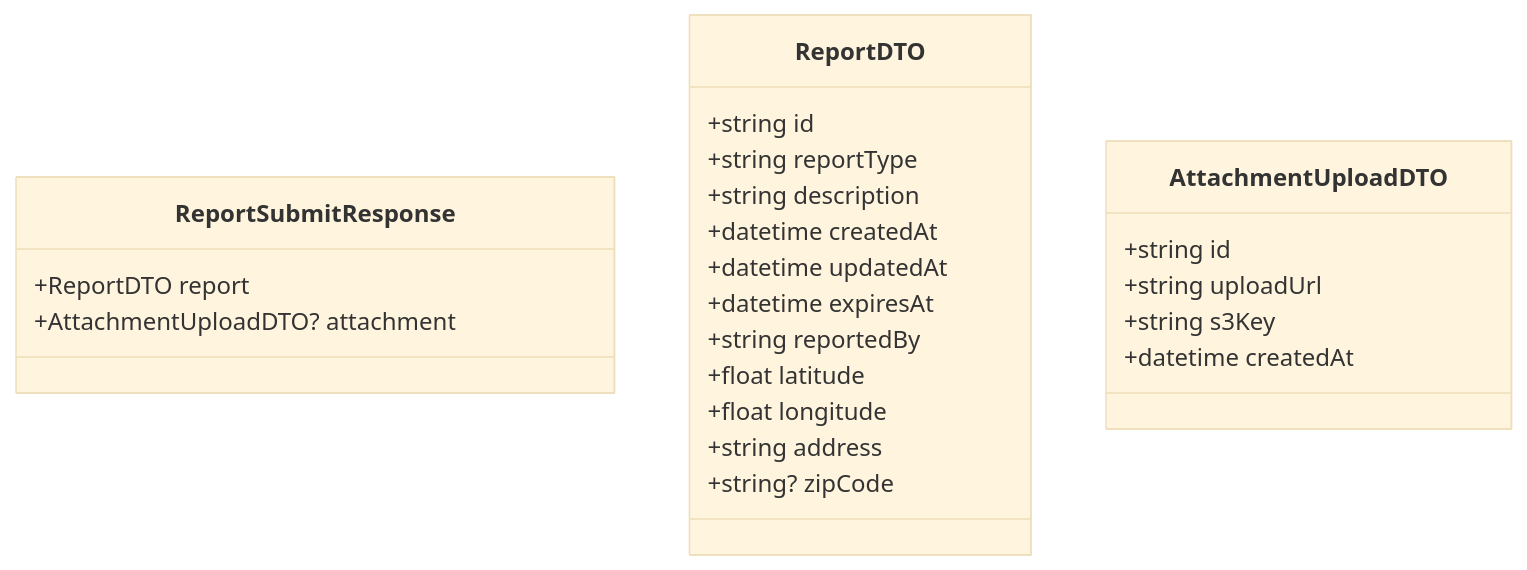
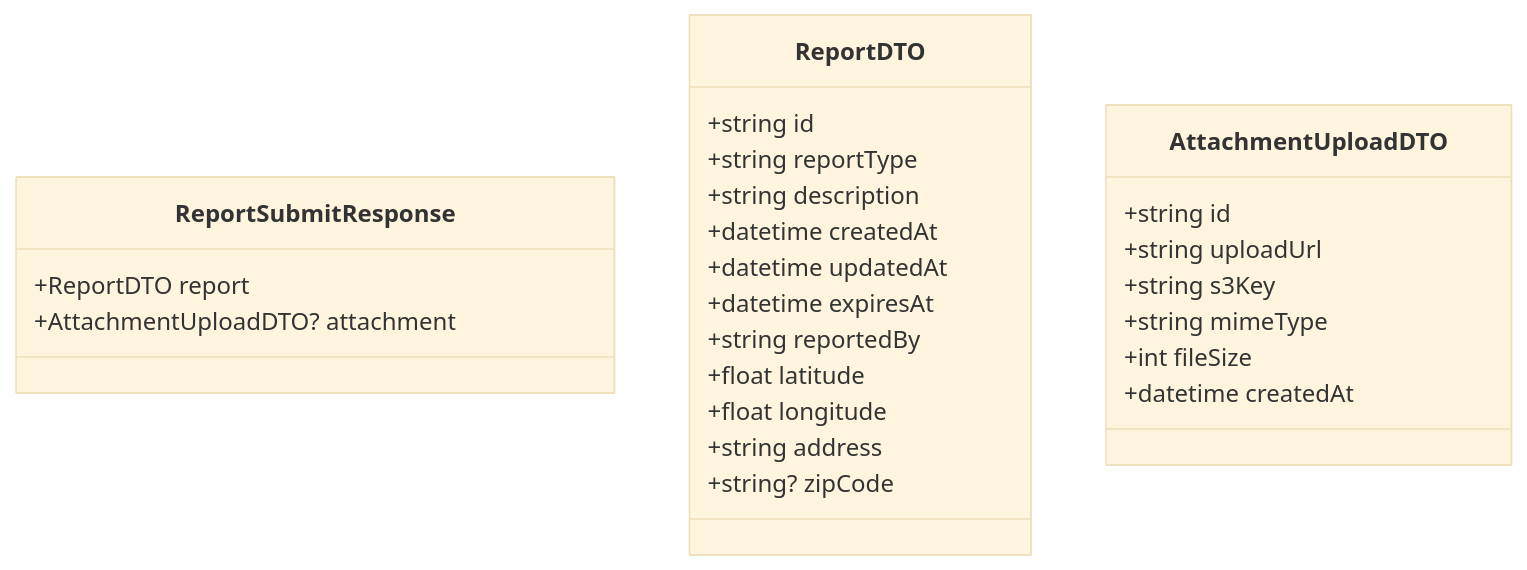
One commit to zhangs-tech/jalan-aman changed the second of 2 diagrams in docs/use_cases/submit_report_use_case.md. Above: the diagram before and after it, drawn with Mermaid (base theme). The commit also changed other lines of this file, not shown here.

````diff
--- a/docs/use_cases/submit_report_use_case.md
+++ b/docs/use_cases/submit_report_use_case.md
@@ -91,26 +101,28 @@
 ```mermaid
 classDiagram
     class ReportSubmitResponse {
         +ReportDTO report
         +AttachmentUploadDTO? attachment
     }
     class ReportDTO {
         +string id
         +string reportType
         +string description
         +datetime createdAt
         +datetime updatedAt
         +datetime expiresAt
         +string reportedBy
         +float latitude
         +float longitude
         +string address
         +string? zipCode
     }
     class AttachmentUploadDTO {
         +string id
         +string uploadUrl
         +string s3Key
+        +string mimeType
+        +int fileSize
         +datetime createdAt
     }
 ```
````
